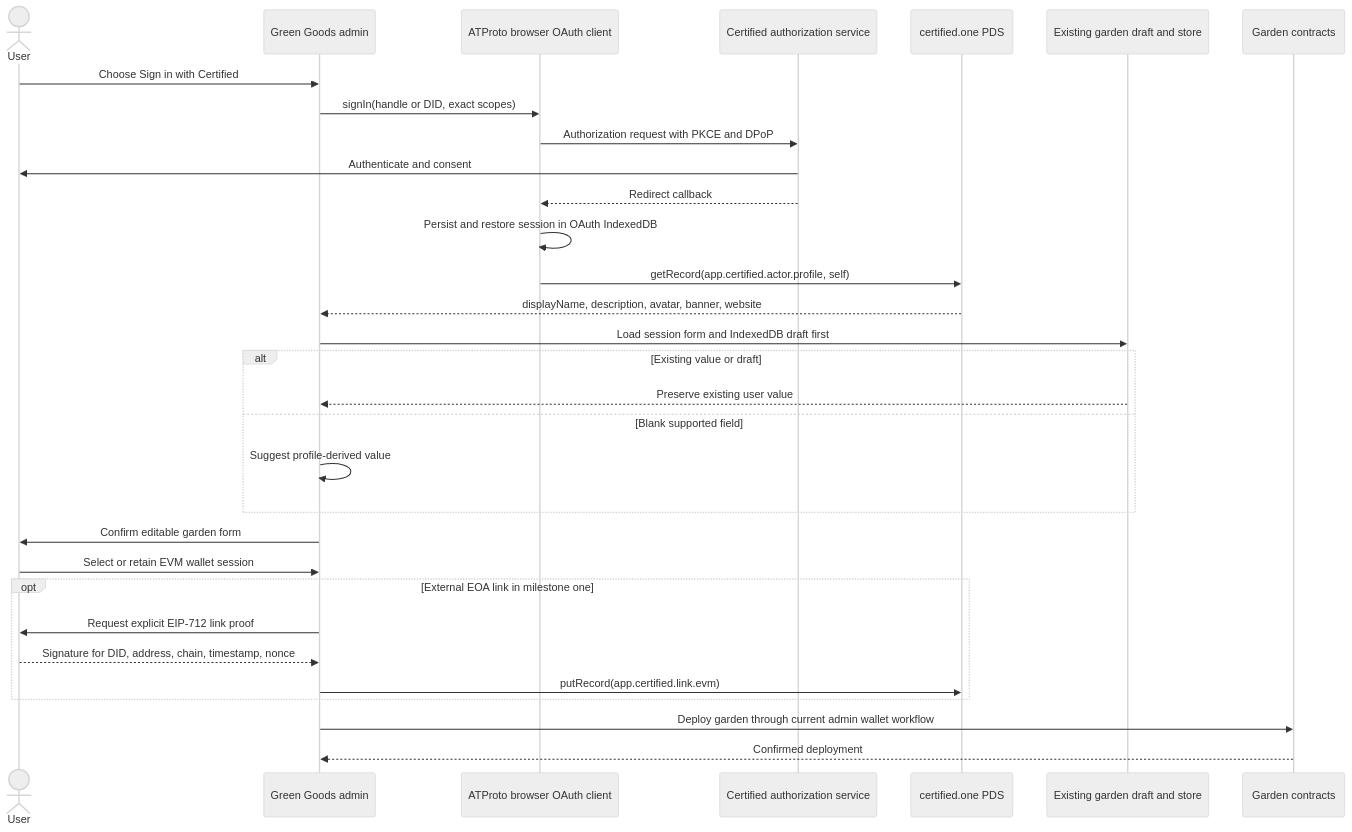
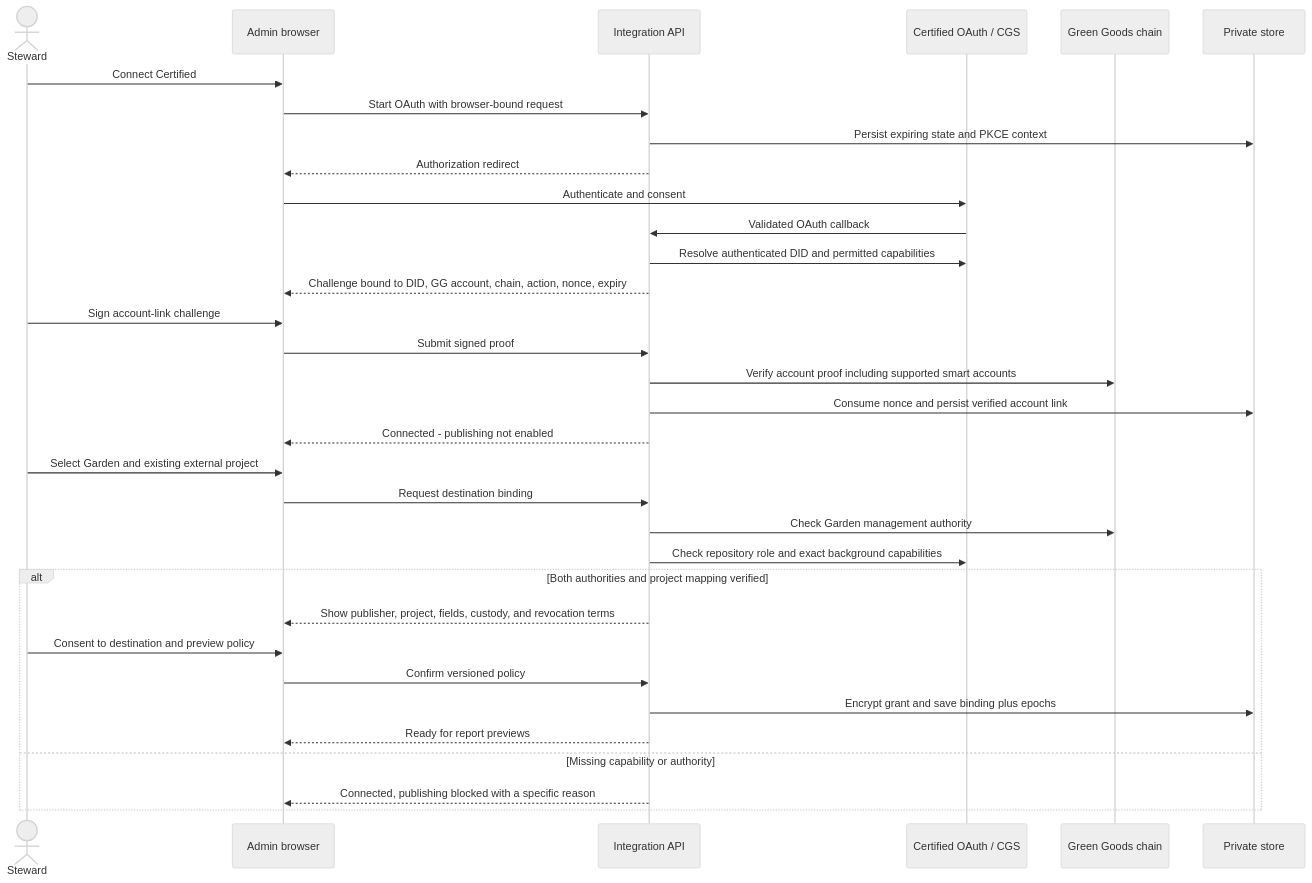
Before and after one commit to greenpill-dev-guild/green-goods: the fourth of 10 diagrams in docs/docs/builders/reference/certified-atproto-integration-spec-2026-07.md, drawn with Mermaid (neutral theme). The commit also changed other lines of this file and 14 other files, not shown here.

Commit message:
docs(shared): plan Certified approval publishing phases

````diff
--- a/docs/docs/builders/reference/certified-atproto-integration-spec-2026-07.md
+++ b/docs/docs/builders/reference/certified-atproto-integration-spec-2026-07.md
@@ -225,34 +334,35 @@
 ```mermaid
 sequenceDiagram
-  actor User
-  participant Admin as Green Goods admin
-  participant OAuth as ATProto browser OAuth client
-  participant Certified as Certified authorization service
-  participant PDS as certified.one PDS
-  participant Draft as Existing garden draft and store
-  participant Chain as Garden contracts
-
-  User->>Admin: Choose Sign in with Certified
-  Admin->>OAuth: signIn(handle or DID, exact scopes)
-  OAuth->>Certified: Authorization request with PKCE and DPoP
-  Certified->>User: Authenticate and consent
-  Certified-->>OAuth: Redirect callback
-  OAuth->>OAuth: Persist and restore session in OAuth IndexedDB
-  OAuth->>PDS: getRecord(app.certified.actor.profile, self)
-  PDS-->>Admin: displayName, description, avatar, banner, website
-  Admin->>Draft: Load session form and IndexedDB draft first
-  alt Existing value or draft
-    Draft-->>Admin: Preserve existing user value
-  else Blank supported field
-    Admin->>Admin: Suggest profile-derived value
+  actor S as Steward
+  participant B as Admin browser
+  participant A as Integration API
+  participant C as Certified OAuth / CGS
+  participant E as Green Goods chain
+  participant D as Private store
+  S->>B: Connect Certified
+  B->>A: Start OAuth with browser-bound request
+  A->>D: Persist expiring state and PKCE context
+  A-->>B: Authorization redirect
+  B->>C: Authenticate and consent
+  C->>A: Validated OAuth callback
+  A->>C: Resolve authenticated DID and permitted capabilities
+  A-->>B: Challenge bound to DID, GG account, chain, action, nonce, expiry
+  S->>B: Sign account-link challenge
+  B->>A: Submit signed proof
+  A->>E: Verify account proof including supported smart accounts
+  A->>D: Consume nonce and persist verified account link
+  A-->>B: Connected - publishing not enabled
+  S->>B: Select Garden and existing external project
+  B->>A: Request destination binding
+  A->>E: Check Garden management authority
+  A->>C: Check repository role and exact background capabilities
+  alt Both authorities and project mapping verified
+    A-->>B: Show publisher, project, fields, custody, and revocation terms
+    S->>B: Consent to destination and preview policy
+    B->>A: Confirm versioned policy
+    A->>D: Encrypt grant and save binding plus epochs
+    A-->>B: Ready for report previews
+  else Missing capability or authority
+    A-->>B: Connected, publishing blocked with a specific reason
   end
-  Admin->>User: Confirm editable garden form
-  User->>Admin: Select or retain EVM wallet session
-  opt External EOA link in milestone one
-    Admin->>User: Request explicit EIP-712 link proof
-    User-->>Admin: Signature for DID, address, chain, timestamp, nonce
-    Admin->>PDS: putRecord(app.certified.link.evm)
-  end
-  Admin->>Chain: Deploy garden through current admin wallet workflow
-  Chain-->>Admin: Confirmed deployment
 ```
````
